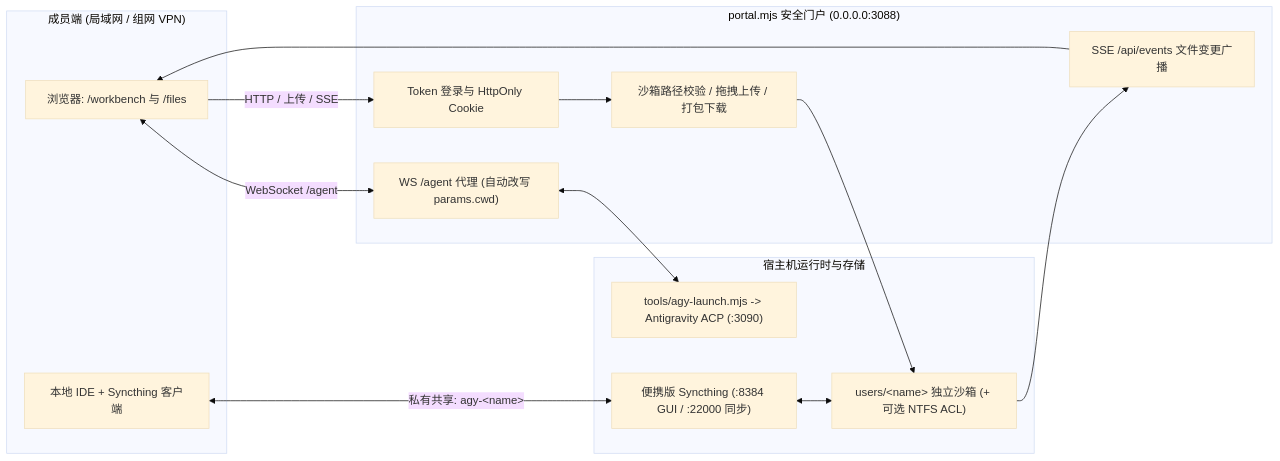
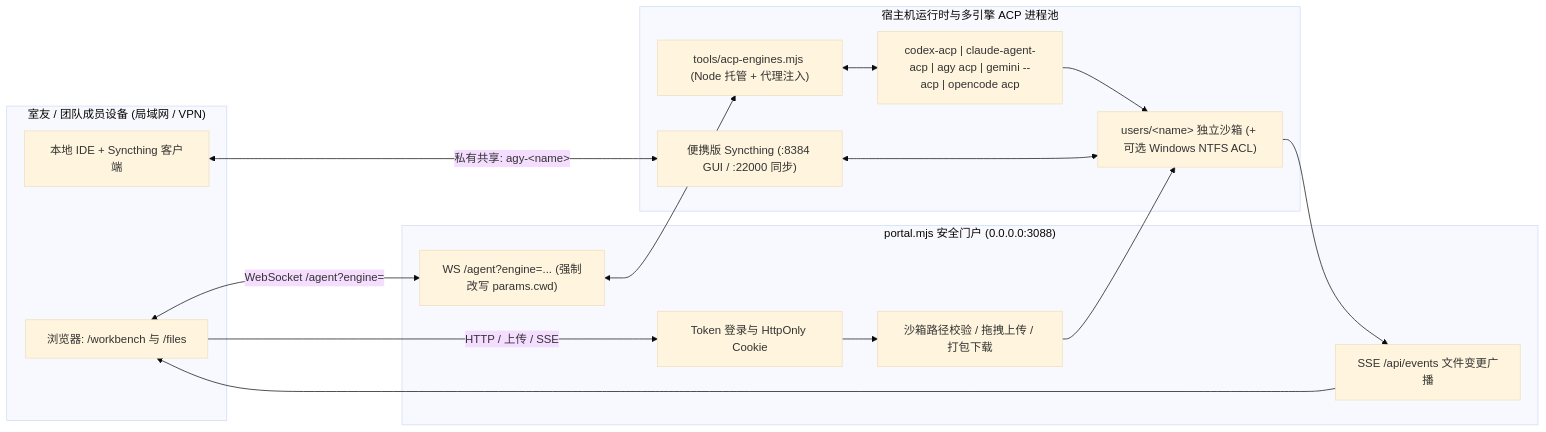
Before and after one commit to fangqian616/LanCode-Workbench: the diagram in README.zh-CN.md, drawn with Mermaid (base theme). The commit also changed other lines of this file and 14 other files, not shown here.

Commit message:
feat: upgrade to LanCode-Workbench with multi-CLI ACP switching (Codex, Claude, AGY, Gemini)

````diff
--- a/README.zh-CN.md
+++ b/README.zh-CN.md
@@ -76,27 +88,28 @@
 ```mermaid
 flowchart LR
-    subgraph Client["成员端 (局域网 / 组网 VPN)"]
+    subgraph Client["室友 / 团队成员设备 (局域网 / VPN)"]
         Browser["浏览器: /workbench 与 /files"]
         LocalIDE["本地 IDE + Syncthing 客户端"]
     end
 
     subgraph Portal["portal.mjs 安全门户 (0.0.0.0:3088)"]
         Auth["Token 登录与 HttpOnly Cookie"]
         Guard["沙箱路径校验 / 拖拽上传 / 打包下载"]
-        WSProxy["WS /agent 代理 (自动改写 params.cwd)"]
+        WSRouter["WS /agent?engine=... (强制改写 params.cwd)"]
         SSE["SSE /api/events 文件变更广播"]
     end
 
-    subgraph Host["宿主机运行时与存储"]
-        CLI["tools/agy-launch.mjs -&gt; Antigravity ACP (:3090)"]
-        Sandboxes["users/&lt;name&gt; 独立沙箱 (+ 可选 NTFS ACL)"]
+    subgraph Host["宿主机运行时与多引擎 ACP 进程池"]
+        EngMgr["tools/acp-engines.mjs (Node 托管 + 代理注入)"]
+        Adapters["codex-acp | claude-agent-acp | agy acp | gemini --acp | opencode acp"]
+        Sandboxes["users/&lt;name&gt; 独立沙箱 (+ 可选 Windows NTFS ACL)"]
         Sync["便携版 Syncthing (:8384 GUI / :22000 同步)"]
     end
 
     Browser -->|"HTTP / 上传 / SSE"| Auth
     Auth --> Guard --> Sandboxes
-    Browser <-->|"WebSocket /agent"| WSProxy
-    WSProxy <--> CLI
-    Sandboxes --> SSE --> Browser
+    Browser <-->|"WebSocket /agent?engine="| WSRouter
+    WSRouter <--> EngMgr <--> Adapters
+    Adapters --> Sandboxes --> SSE --> Browser
     LocalIDE <-->|"私有共享: agy-&lt;name&gt;"| Sync <--> Sandboxes
 ```
````
